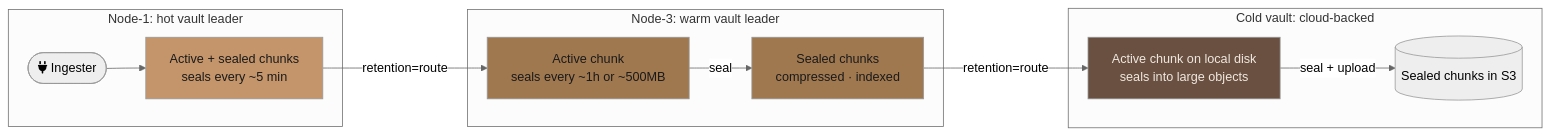
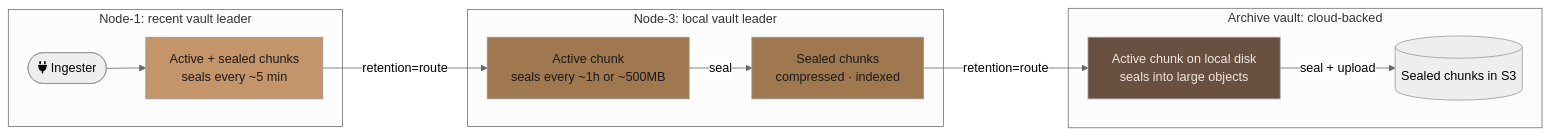
Before and after one commit to kluzzebass/gastrolog: the fifth of 5 diagrams in docs/vision.md, drawn with Mermaid (neutral theme). The commit also changed other lines of this file and 18 other files, not shown here.

First line of the commit message:
Excise hot/warm/cold tier vocabulary; rename demo vaults (gastrolog-5v38p).

````diff
--- a/docs/vision.md
+++ b/docs/vision.md
@@ -284,23 +284,23 @@
 ```mermaid
 flowchart LR
-    subgraph node1mem [Node-1: hot vault leader]
+    subgraph node1mem [Node-1: recent vault leader]
         I([fa:fa-plug Ingester]) --> MT[Active + sealed chunks<br/>seals every ~5 min]
     end
 
     MT -->|retention=route| LT
 
-    subgraph node3local [Node-3: warm vault leader]
+    subgraph node3local [Node-3: local vault leader]
         LT[Active chunk<br/>seals every ~1h or ~500MB] -->|seal| LTS[Sealed chunks<br/>compressed · indexed]
     end
 
     LTS -->|retention=route| CT
 
-    subgraph clouds3 [Cold vault: cloud-backed]
+    subgraph clouds3 [Archive vault: cloud-backed]
         CT[Active chunk on local disk<br/>seals into large objects] -->|seal + upload| CTS[(Sealed chunks in S3)]
     end
 
     style MT fill:#c4956a,color:#1a1a1a
     style LT fill:#a07850,color:#1a1a1a
     style LTS fill:#a07850,color:#1a1a1a
     style CT fill:#6a5040,color:#f0e8e0
 ```
````
